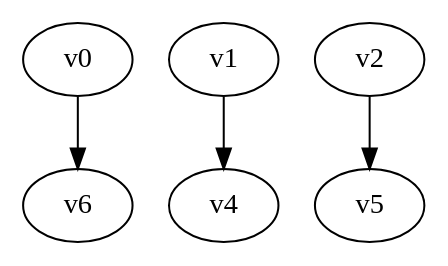
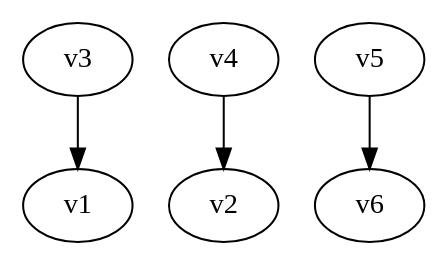
Before and after one commit to yadej/graph_project: the diagram in digraph.dot, drawn with Graphviz. The commit also changed 1 other file, not shown here.

```diff
--- a/digraph.dot
+++ b/digraph.dot
@@ -1,5 +1,5 @@
 digraph G { 
-v0 -> v6;
-v1 -> v4;
-v2 -> v5;
+v3 -> v1;
+v4 -> v2;
+v5 -> v6;
 }
```
